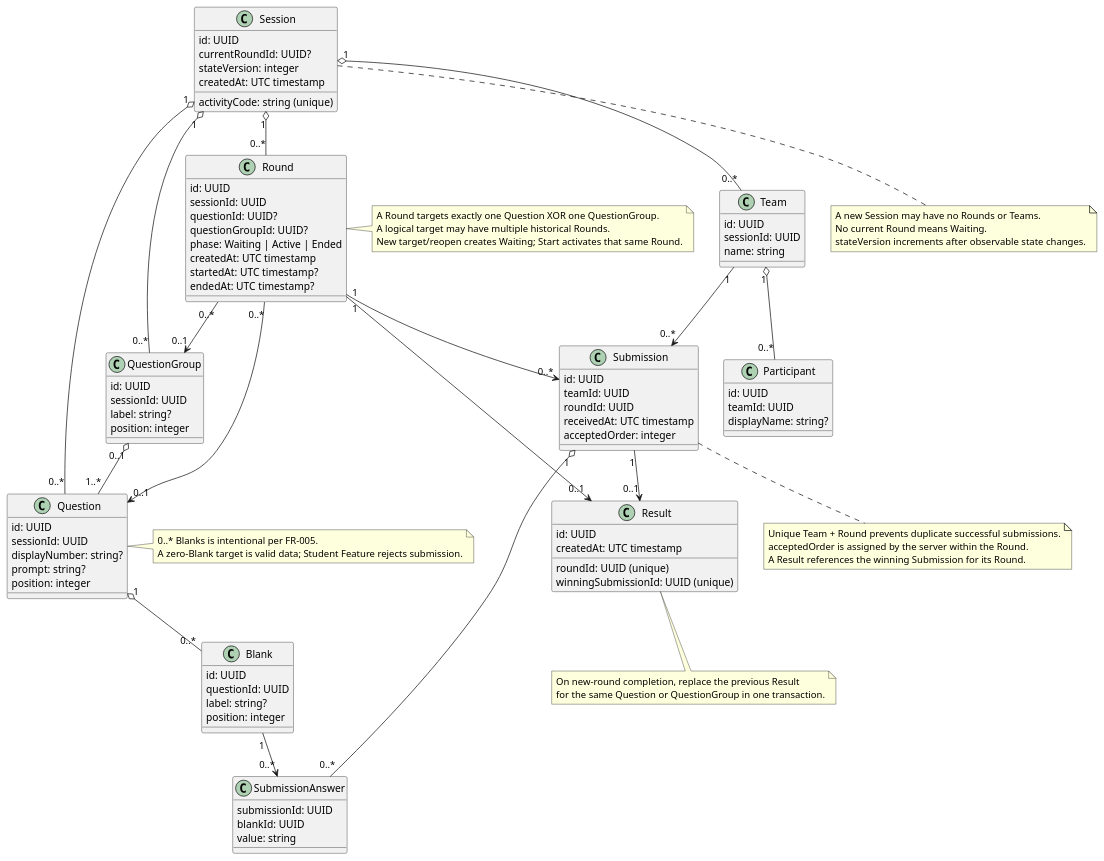
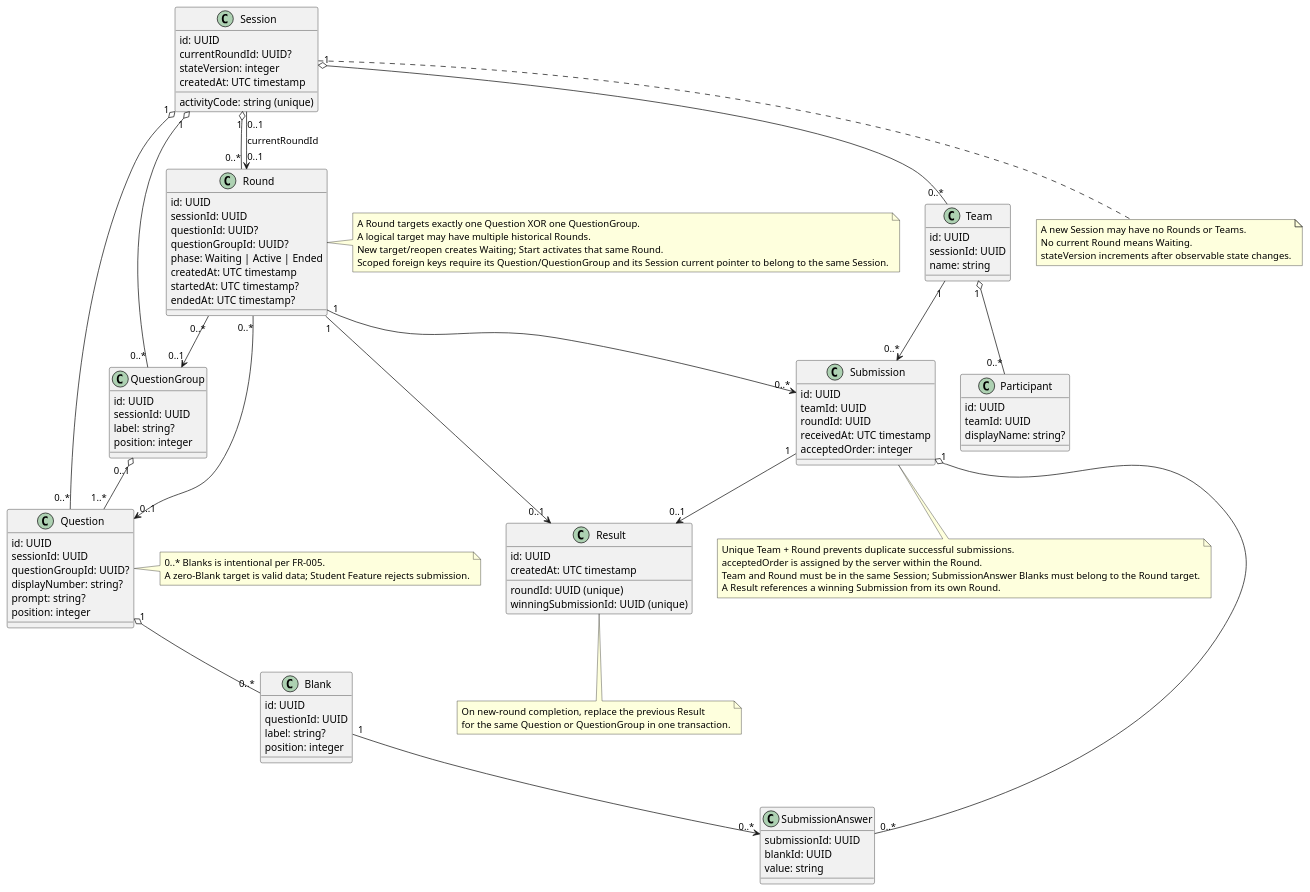
Before and after one commit to yuyu-lcoavte/quiz-system: the diagram in diagrams/foundation-class.puml, drawn with PlantUML. The commit also changed 15 other files, not shown here.

```diff
--- a/diagrams/foundation-class.puml
+++ b/diagrams/foundation-class.puml
@@ -1,104 +1,108 @@
 @startuml
 class Session {
   id: UUID
   activityCode: string (unique)
   currentRoundId: UUID?
   stateVersion: integer
   createdAt: UTC timestamp
 }
 class Round {
   id: UUID
   sessionId: UUID
   questionId: UUID?
   questionGroupId: UUID?
   phase: Waiting | Active | Ended
   createdAt: UTC timestamp
   startedAt: UTC timestamp?
   endedAt: UTC timestamp?
 }
 class Question {
   id: UUID
   sessionId: UUID
+  questionGroupId: UUID?
   displayNumber: string?
   prompt: string?
   position: integer
 }
 class Blank {
   id: UUID
   questionId: UUID
   label: string?
   position: integer
 }
 class QuestionGroup {
   id: UUID
   sessionId: UUID
   label: string?
   position: integer
 }
 class Team {
   id: UUID
   sessionId: UUID
   name: string
 }
 class Participant {
   id: UUID
   teamId: UUID
   displayName: string?
 }
 class Submission {
   id: UUID
   teamId: UUID
   roundId: UUID
   receivedAt: UTC timestamp
   acceptedOrder: integer
 }
 class SubmissionAnswer {
   submissionId: UUID
   blankId: UUID
   value: string
 }
 class Result {
   id: UUID
   roundId: UUID (unique)
   winningSubmissionId: UUID (unique)
   createdAt: UTC timestamp
 }
 Session "1" o-- "0..*" Round
+Session "0..1" --> "0..1" Round : currentRoundId
 Session "1" o-- "0..*" Question
 Session "1" o-- "0..*" QuestionGroup
 Session "1" o-- "0..*" Team
 Round "0..*" --> "0..1" Question
 Round "0..*" --> "0..1" QuestionGroup
 Question "1" o-- "0..*" Blank
 QuestionGroup "0..1" o-- "1..*" Question
 Team "1" o-- "0..*" Participant
 Team "1" --> "0..*" Submission
 Round "1" --> "0..*" Submission
 Submission "1" o-- "0..*" SubmissionAnswer
 Blank "1" --> "0..*" SubmissionAnswer
 Round "1" --> "0..1" Result
 Submission "1" --> "0..1" Result
 note right of Round
 A Round targets exactly one Question XOR one QuestionGroup.
 A logical target may have multiple historical Rounds.
 New target/reopen creates Waiting; Start activates that same Round.
+Scoped foreign keys require its Question/QuestionGroup and its Session current pointer to belong to the same Session.
 end note
 note bottom of Submission
 Unique Team + Round prevents duplicate successful submissions.
 acceptedOrder is assigned by the server within the Round.
-A Result references the winning Submission for its Round.
+Team and Round must be in the same Session; SubmissionAnswer Blanks must belong to the Round target.
+A Result references a winning Submission from its own Round.
 end note
 note bottom of Session
 A new Session may have no Rounds or Teams.
 No current Round means Waiting.
 stateVersion increments after observable state changes.
 end note
 note right of Question
 0..* Blanks is intentional per FR-005.
 A zero-Blank target is valid data; Student Feature rejects submission.
 end note
 note bottom of Result
 On new-round completion, replace the previous Result
 for the same Question or QuestionGroup in one transaction.
 end note
 @enduml
```
